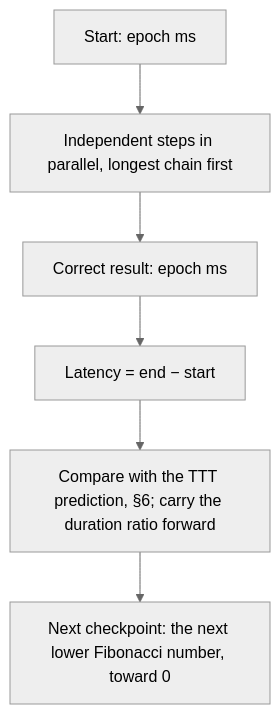
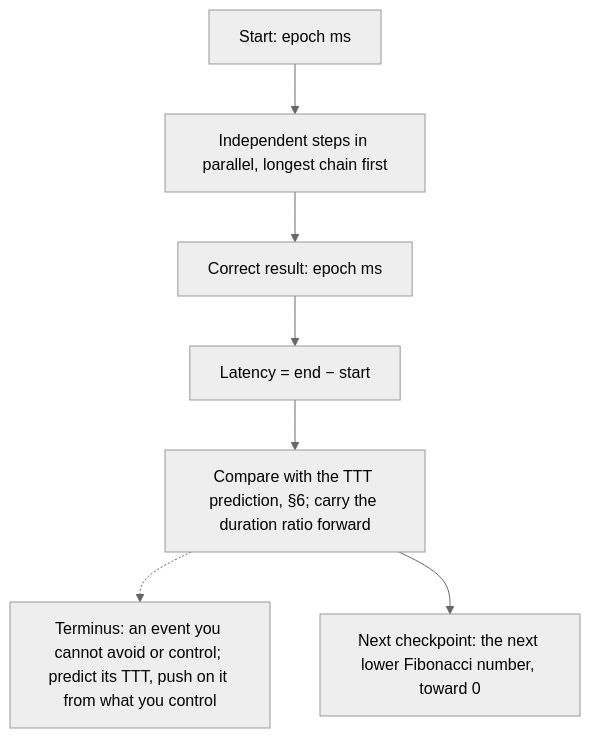
One commit to SolenixAI/arbiter changed the eighth of 14 diagrams in AGENTS.md. Above: the diagram before and after it, drawn with Mermaid (neutral theme). The commit also changed other lines of this file, not shown here.

Commit message:
docs(agents): a terminus is an event you cannot avoid or control; push on its TTT

````diff
--- a/AGENTS.md
+++ b/AGENTS.md
@@ -355,5 +359,6 @@
 ```mermaid
 flowchart TD
   S["Start: epoch ms"] --> P["Independent steps in parallel, longest chain first"] --> R["Correct result: epoch ms"] --> L["Latency = end − start"]
+  C -.-> TM["Terminus: an event you cannot avoid or control; predict its TTT, push on it from what you control"]
   L --> C["Compare with the TTT prediction, §6; carry the duration ratio forward"] --> FB["Next checkpoint: the next lower Fibonacci number, toward 0"]
 ```
````
